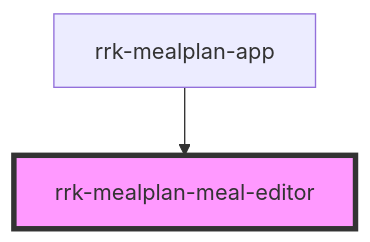
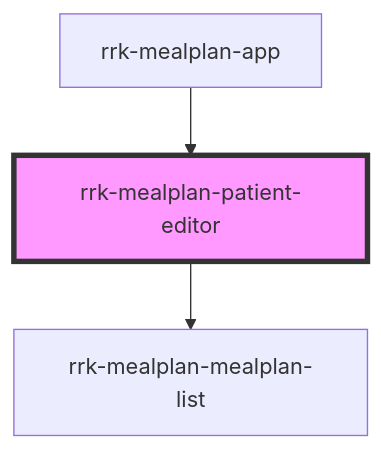
The diagram in src/components/rrk-mealplan-patient-editor/readme.md (drepkovsky/mealplan-ufe), drawn with Mermaid before and after one commit. The commit also changed other lines of this file and 13 other files, not shown here.

````diff
--- a/src/components/rrk-mealplan-patient-editor/readme.md
+++ b/src/components/rrk-mealplan-patient-editor/readme.md
@@ -31,5 +34,6 @@
 ```mermaid
 graph TD;
-  rrk-mealplan-app --> rrk-mealplan-meal-editor
-  style rrk-mealplan-meal-editor fill:#f9f,stroke:#333,stroke-width:4px
+  rrk-mealplan-patient-editor --> rrk-mealplan-mealplan-list
+  rrk-mealplan-app --> rrk-mealplan-patient-editor
+  style rrk-mealplan-patient-editor fill:#f9f,stroke:#333,stroke-width:4px
 ```
````
